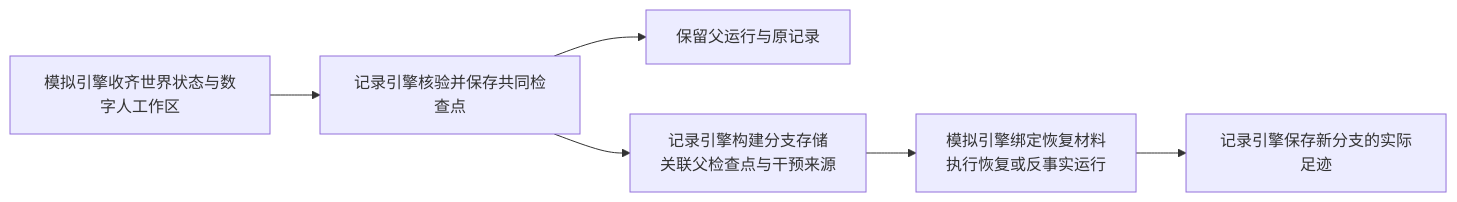
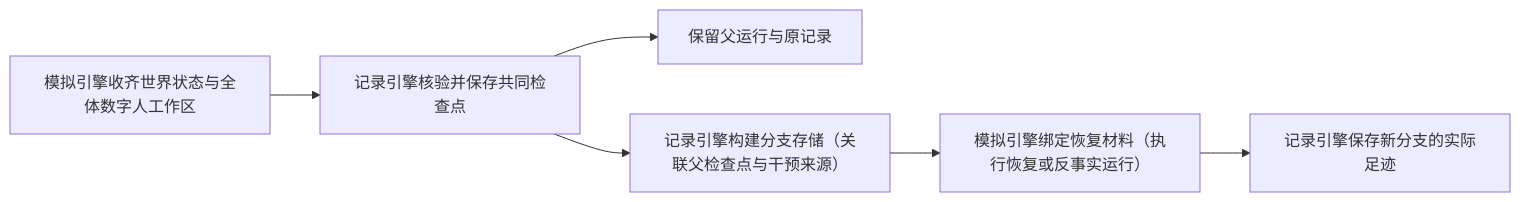
The third of 5 diagrams in docs/design/01-architecture.md (HoldThatThgt/WorldMock), drawn with Mermaid before and after one commit. The commit also changed other lines of this file and 19 other files, not shown here.

````diff
--- a/docs/design/01-architecture.md
+++ b/docs/design/01-architecture.md
@@ -136,8 +137,8 @@
 ```mermaid
 flowchart LR
-    S[模拟引擎收齐世界状态与数字人工作区] --> C[记录引擎核验并保存共同检查点]
-    C --> P[保留父运行与原记录]
-    C --> B[记录引擎构建分支存储<br/>关联父检查点与干预来源]
-    B --> R[模拟引擎绑定恢复材料<br/>执行恢复或反事实运行]
-    R --> F[记录引擎保存新分支的实际足迹]
+    S["模拟引擎收齐世界状态与全体数字人工作区"] --> C["记录引擎核验并保存共同检查点"]
+    C --> P["保留父运行与原记录"]
+    C --> B["记录引擎构建分支存储（关联父检查点与干预来源）"]
+    B --> R["模拟引擎绑定恢复材料（执行恢复或反事实运行）"]
+    R --> F["记录引擎保存新分支的实际足迹"]
 ```
````
